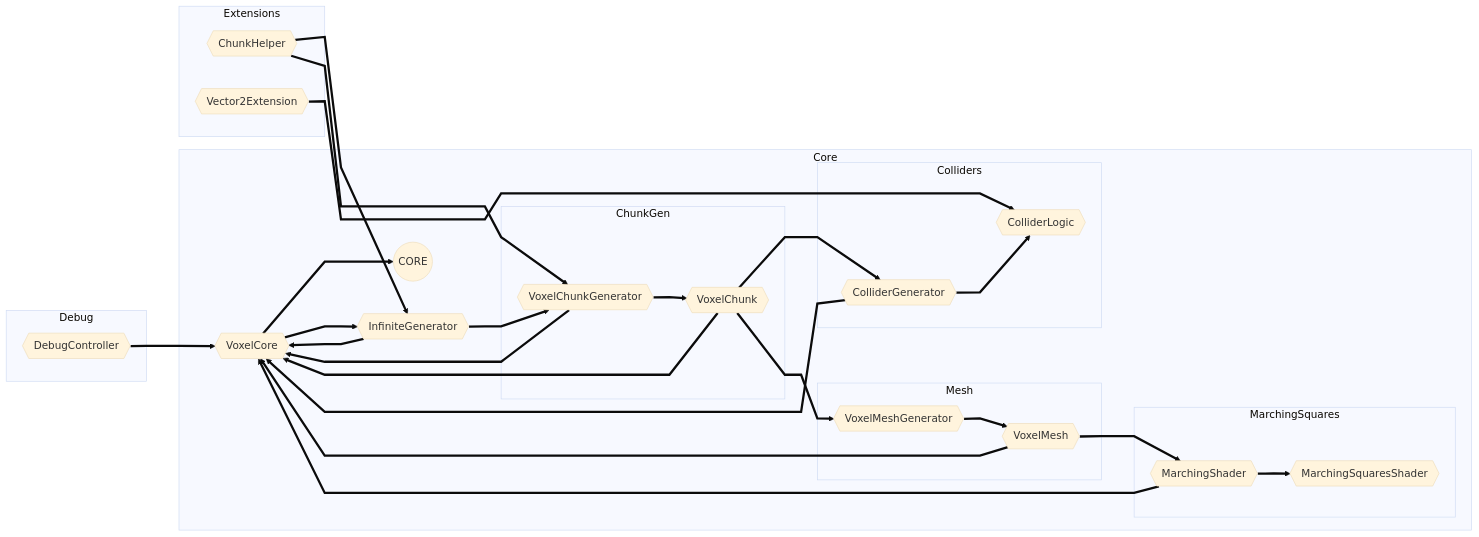
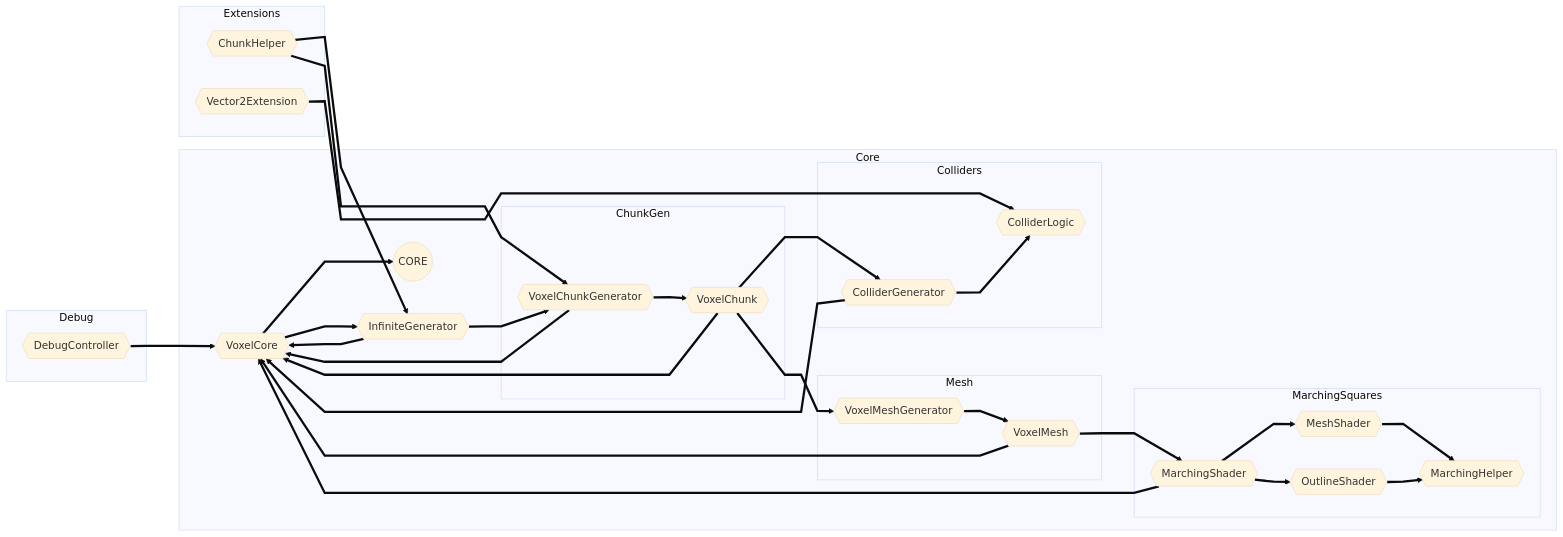
The diagram in Assets/Graphs/CORE.md (joesobo/Marching-Squares-2.0), drawn with Mermaid (base theme) before and after one commit. The commit also changed 7 other files, not shown here.

Commit message:
marching helper shader file

````diff
--- a/Assets/Graphs/CORE.md
+++ b/Assets/Graphs/CORE.md
@@ -1,75 +1,81 @@
 ```mermaid
 graph LR;
   %% Config
   linkStyle default interpolate linear;
 
   %% Core Utilities
   subgraph Core
     CORE((CORE));
     VoxelCore{{VoxelCore}};
     InfiniteGenerator{{InfiniteGenerator}};
 
     subgraph ChunkGen
       VoxelChunkGenerator{{VoxelChunkGenerator}};
       VoxelChunk{{VoxelChunk}};
     end
 
     subgraph Colliders
       ColliderGenerator{{ColliderGenerator}};
       ColliderLogic{{ColliderLogic}};
     end
 
     subgraph Mesh
       VoxelMeshGenerator{{VoxelMeshGenerator}};
       VoxelMesh{{VoxelMesh}};
     end
 
     subgraph MarchingSquares
       MarchingShader{{MarchingShader}};
-      MarchingSquaresShader{{MarchingSquaresShader}};
+      MeshShader{{MeshShader}};
+      OutlineShader{{OutlineShader}};
+      MarchingHelper{{MarchingHelper}};
     end
   end
 
   %% Debug
   subgraph Debug
     DebugController{{DebugController}};
   end
 
   %% Extensions
   subgraph Extensions
     ChunkHelper{{ChunkHelper}};
     Vector2Extension{{Vector2Extension}};
   end
 
   %% Core Connections
   VoxelCore ==> CORE;
   VoxelCore ==> InfiniteGenerator;
 
   InfiniteGenerator ==> VoxelCore;
   InfiniteGenerator ==> VoxelChunkGenerator;
 
   VoxelChunkGenerator ==> VoxelCore;
   VoxelChunkGenerator ==> VoxelChunk;
 
   VoxelChunk ==> VoxelCore;
   VoxelChunk ==> ColliderGenerator;
   VoxelChunk ==> VoxelMeshGenerator;
 
   ColliderGenerator ==> VoxelCore;
   ColliderGenerator ==> ColliderLogic;
 
   VoxelMeshGenerator ==> VoxelMesh;
 
   VoxelMesh ==> VoxelCore;
   VoxelMesh ==> MarchingShader;
 
   MarchingShader ==> VoxelCore;
-  MarchingShader ==> MarchingSquaresShader;
+  MarchingShader ==> MeshShader;
+  MarchingShader ==> OutlineShader;
+
+  MeshShader ==> MarchingHelper;
+  OutlineShader ==> MarchingHelper;
 
   ChunkHelper ==> InfiniteGenerator;
   ChunkHelper ==> VoxelChunkGenerator;
 
   Vector2Extension ==> ColliderLogic;
 
   DebugController ==> VoxelCore;
 ```
````
